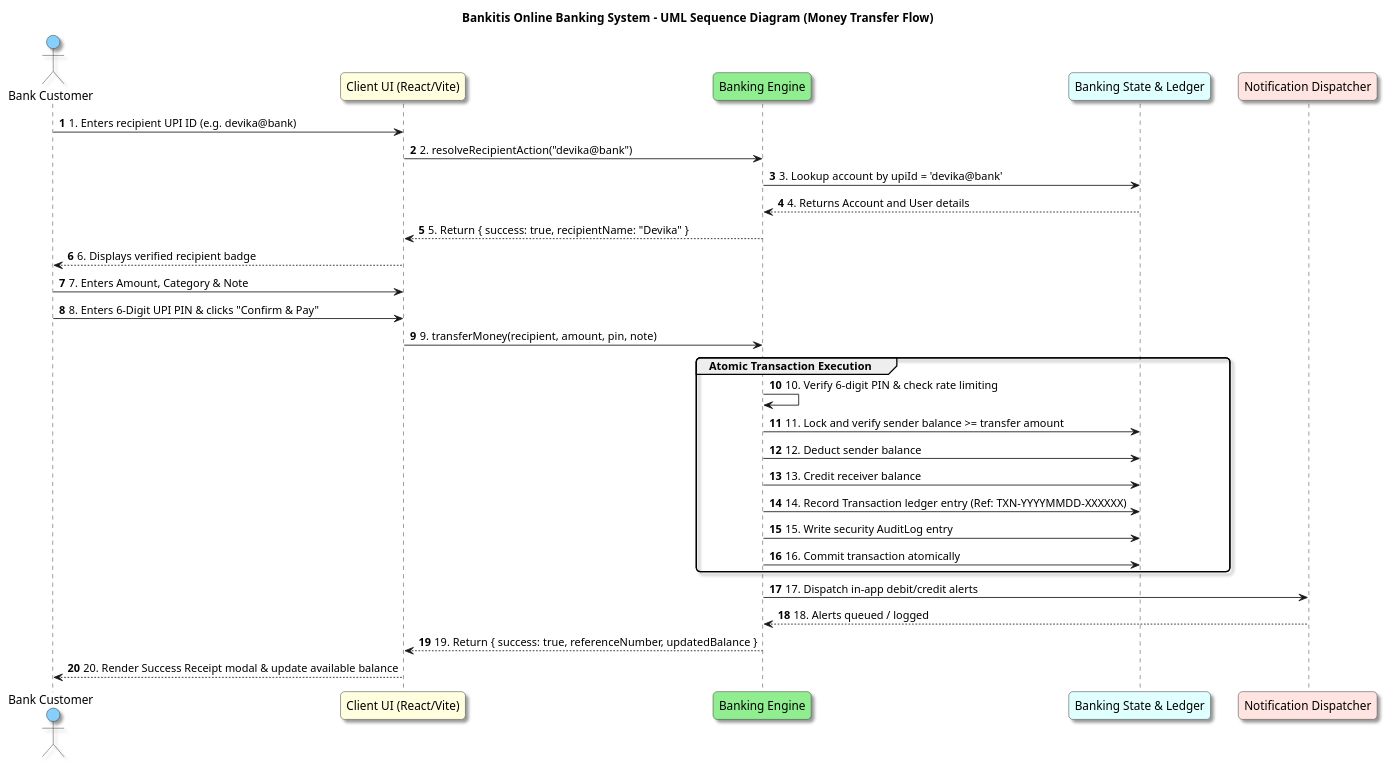
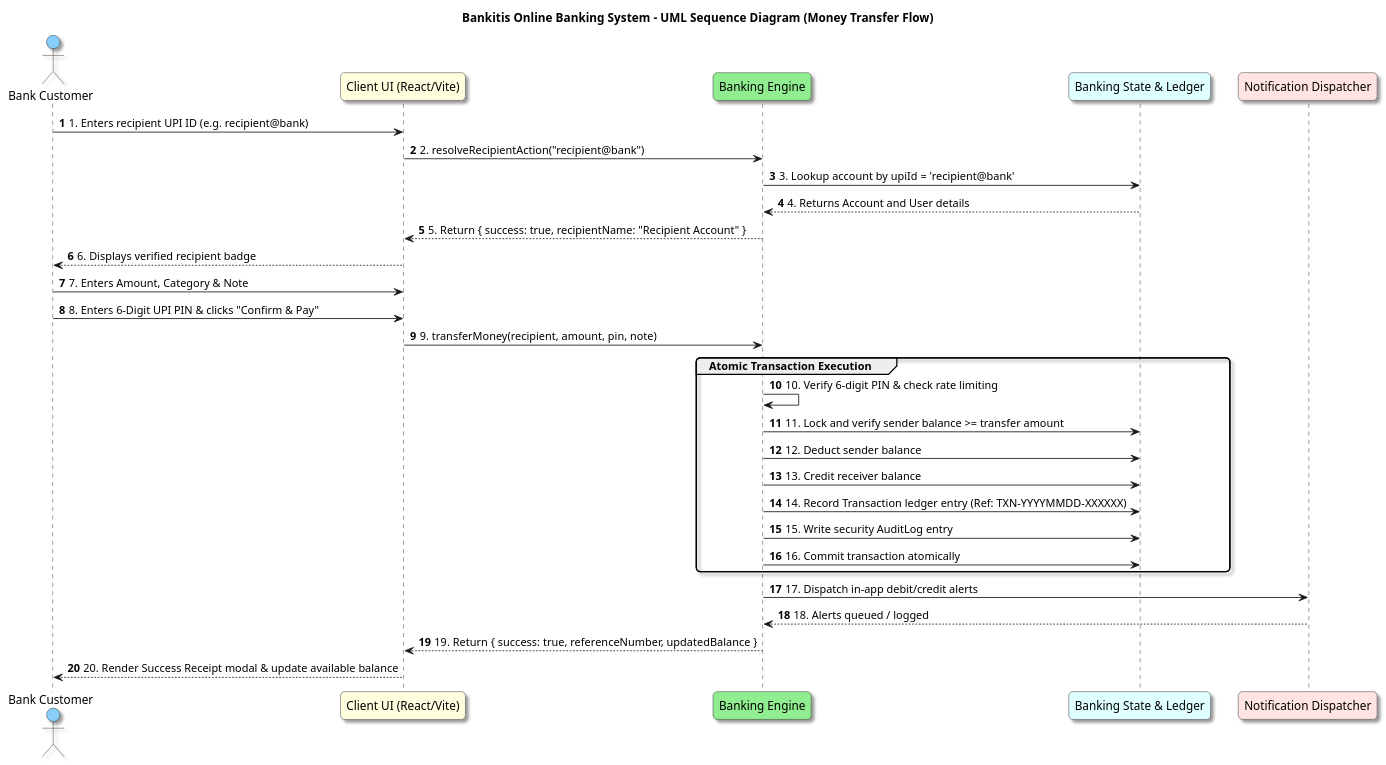
Before and after one commit to allanmaaz/bankitis: the diagram in diagrams/SequenceDiagram.puml, drawn with PlantUML. The commit also changed 12 other files, not shown here.

```diff
--- a/diagrams/SequenceDiagram.puml
+++ b/diagrams/SequenceDiagram.puml
@@ -1,42 +1,42 @@
 @startuml SequenceDiagram
 title Bankitis Online Banking System - UML Sequence Diagram (Money Transfer Flow)
 
 autonumber
 skinparam roundcorner 10
 skinparam shadowing true
 skinparam BoxPadding 10
 skinparam ParticipantPadding 10
 
 actor Customer as "Bank Customer" #LightSkyBlue
 participant Client as "Client UI (React/Vite)" #LightYellow
 participant Action as "Banking Engine" #LightGreen
 participant DB as "Banking State & Ledger" #LightCyan
 participant Notif as "Notification Dispatcher" #MistyRose
 
-Customer -> Client : 1. Enters recipient UPI ID (e.g. devika@bank)
-Client -> Action : 2. resolveRecipientAction("devika@bank")
-Action -> DB : 3. Lookup account by upiId = 'devika@bank'
+Customer -> Client : 1. Enters recipient UPI ID (e.g. recipient@bank)
+Client -> Action : 2. resolveRecipientAction("recipient@bank")
+Action -> DB : 3. Lookup account by upiId = 'recipient@bank'
 DB --> Action : 4. Returns Account and User details
-Action --> Client : 5. Return { success: true, recipientName: "Devika" }
+Action --> Client : 5. Return { success: true, recipientName: "Recipient Account" }
 Client --> Customer : 6. Displays verified recipient badge
 
 Customer -> Client : 7. Enters Amount, Category & Note
 Customer -> Client : 8. Enters 6-Digit UPI PIN & clicks "Confirm & Pay"
 Client -> Action : 9. transferMoney(recipient, amount, pin, note)
 
 group Atomic Transaction Execution
   Action -> Action : 10. Verify 6-digit PIN & check rate limiting
   Action -> DB : 11. Lock and verify sender balance >= transfer amount
   Action -> DB : 12. Deduct sender balance
   Action -> DB : 13. Credit receiver balance
   Action -> DB : 14. Record Transaction ledger entry (Ref: TXN-YYYYMMDD-XXXXXX)
   Action -> DB : 15. Write security AuditLog entry
   Action -> DB : 16. Commit transaction atomically
 end
 
 Action -> Notif : 17. Dispatch in-app debit/credit alerts
 Notif --> Action : 18. Alerts queued / logged
 Action --> Client : 19. Return { success: true, referenceNumber, updatedBalance }
 Client --> Customer : 20. Render Success Receipt modal & update available balance
 
 @enduml
```
